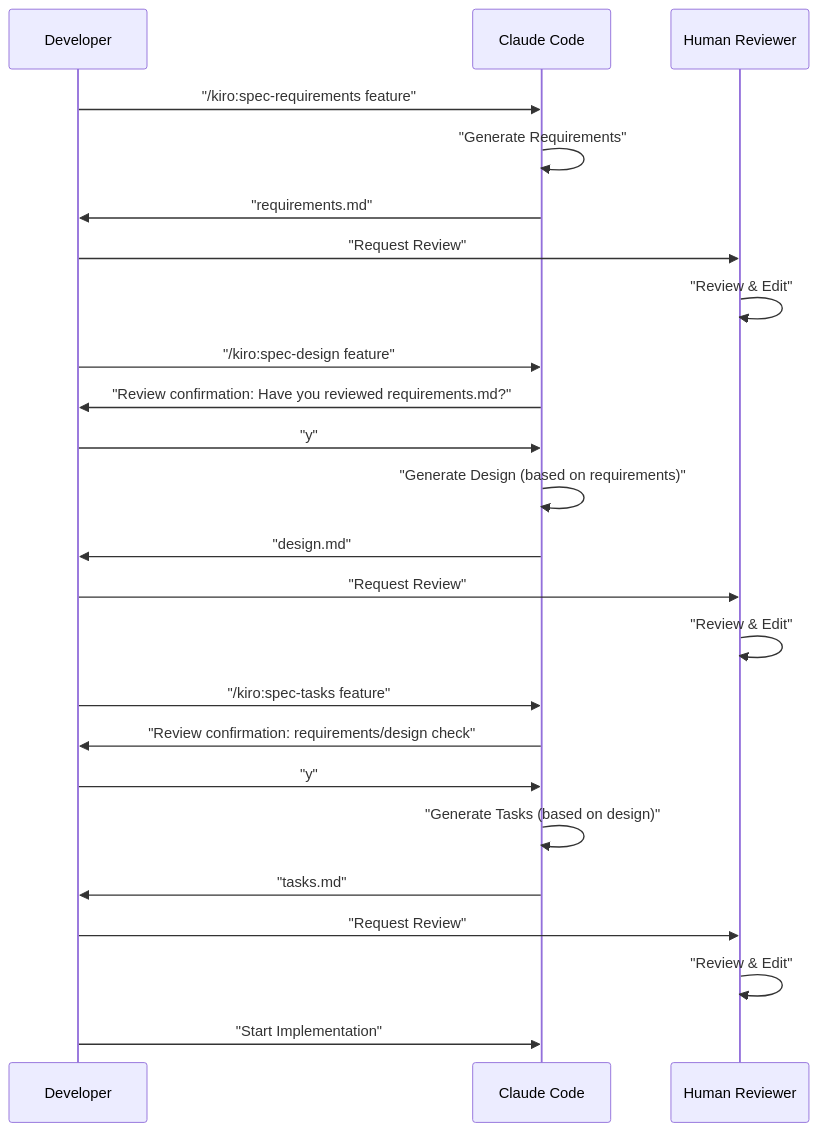
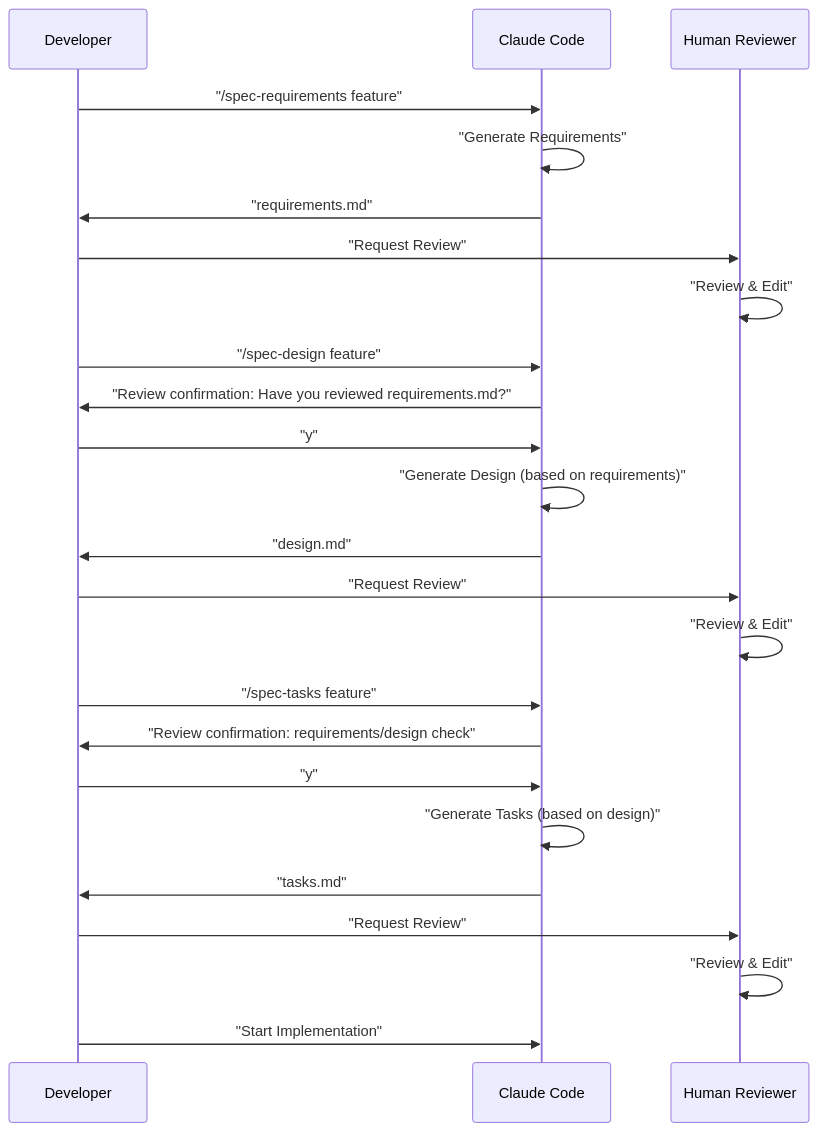
Before and after one commit to Brujo2020/OpenSDD: the second of 2 diagrams in docs/README/README_en.md, drawn with Mermaid. The commit also changed other lines of this file and 97 other files, not shown here.

````diff
--- a/docs/README/README_en.md
+++ b/docs/README/README_en.md
@@ -223,30 +223,30 @@
 ```mermaid
 sequenceDiagram
     participant D as Developer
     participant C as Claude Code
     participant H as Human Reviewer
     
-    D->>C: "/kiro:spec-requirements feature"
+    D->>C: "/spec-requirements feature"
     C->>C: "Generate Requirements"
     C->>D: "requirements.md"
     D->>H: "Request Review"
     H->>H: "Review & Edit"
     
-    D->>C: "/kiro:spec-design feature"
+    D->>C: "/spec-design feature"
     C->>D: "Review confirmation: Have you reviewed requirements.md?"
     D->>C: "y"
     C->>C: "Generate Design (based on requirements)"
     C->>D: "design.md"
     D->>H: "Request Review"
     H->>H: "Review & Edit"
     
-    D->>C: "/kiro:spec-tasks feature"
+    D->>C: "/spec-tasks feature"
     C->>D: "Review confirmation: requirements/design check"
     D->>C: "y"
     C->>C: "Generate Tasks (based on design)"
     C->>D: "tasks.md"
     D->>H: "Request Review"
     H->>H: "Review & Edit"
     
     D->>C: "Start Implementation"
 ```
````
